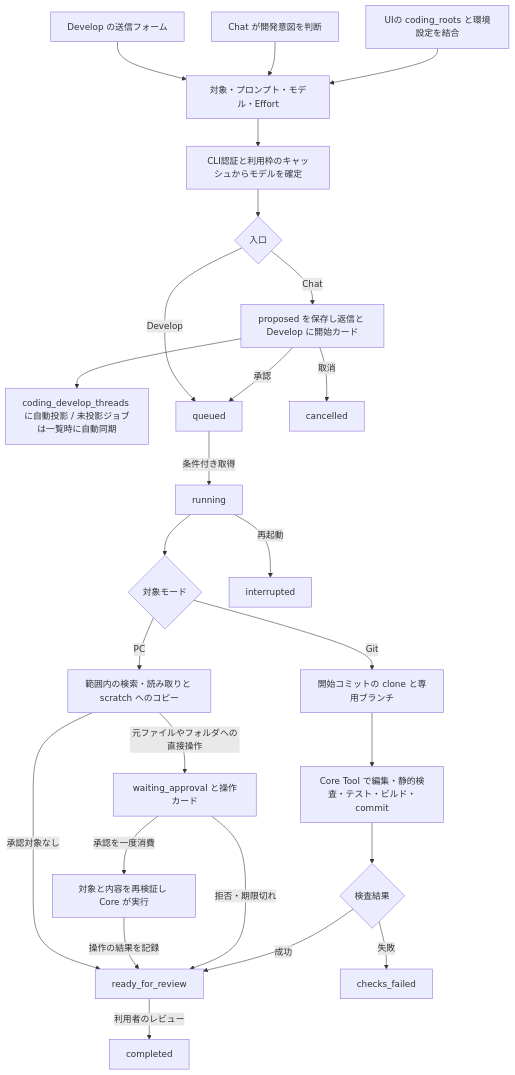
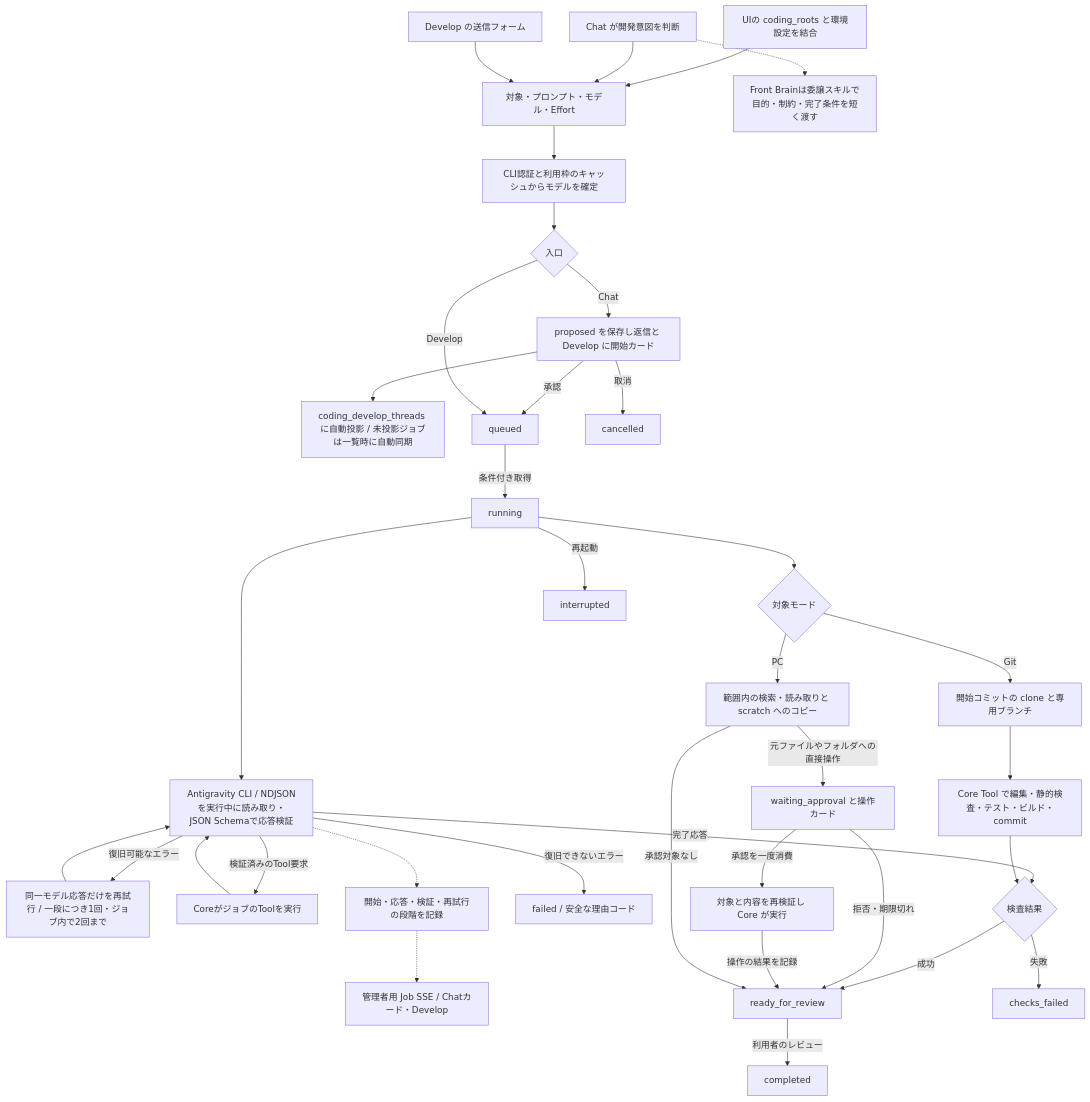
The fourth of 42 diagrams in docs/runtime-flows.md (Soso2e/PETIT), drawn with Mermaid before and after one commit. The commit also changed 17 other files, not shown here.

````diff
--- a/docs/runtime-flows.md
+++ b/docs/runtime-flows.md
@@ -61,28 +61,38 @@
 ```mermaid
 flowchart TD
     Roots[UIの coding_roots と環境設定を結合] --> Select[対象・プロンプト・モデル・Effort]
     Chat[Chat が開発意図を判断] --> Select
     Develop[Develop の送信フォーム] --> Select
     Select --> Quota[CLI認証と利用枠のキャッシュからモデルを確定]
     Quota --> Entry{入口}
     Entry -->|Chat| Proposed[proposed を保存し返信と Develop に開始カード]
     Proposed --> AutoThread[coding_develop_threads に自動投影 / 未投影ジョブは一覧時に自動同期]
     Proposed -->|承認| Queued[queued]
     Proposed -->|取消| Cancelled[cancelled]
     Entry -->|Develop| Queued
     Queued -->|条件付き取得| Run[running]
+    Chat -.-> Compact[Front Brainは委譲スキルで目的・制約・完了条件を短く渡す]
+    Run --> Model[Antigravity CLI / NDJSONを実行中に読み取り・JSON Schemaで応答検証]
+    Model -->|復旧可能なエラー| Retry[同一モデル応答だけを再試行 / 一段につき1回・ジョブ内で2回まで]
+    Retry --> Model
+    Model -->|検証済みのTool要求| JobTool[CoreがジョブのToolを実行]
+    JobTool --> Model
+    Model -->|完了応答| Check
+    Model -->|復旧できないエラー| Error[failed / 安全な理由コード]
+    Model -.-> Progress[開始・応答・検証・再試行の段階を記録]
+    Progress -.-> SSE[管理者用 Job SSE / Chatカード・Develop]
     Run --> Mode{対象モード}
     Mode -->|Git| Git[開始コミットの clone と専用ブランチ]
     Git --> GitTool[Core Tool で編集・静的検査・テスト・ビルド・commit]
     GitTool --> Check{検査結果}
     Check -->|成功| Review[ready_for_review]
     Check -->|失敗| FailedChecks[checks_failed]
     Mode -->|PC| PC[範囲内の検索・読み取りと scratch へのコピー]
     PC -->|元ファイルやフォルダへの直接操作| Pending[waiting_approval と操作カード]
     Pending -->|承認を一度消費| Effect[対象と内容を再検証し Core が実行]
     Pending -->|拒否・期限切れ| Review
     Effect -->|操作の結果を記録| Review
     PC -->|承認対象なし| Review
     Review -->|利用者のレビュー| Completed[completed]
     Run -->|再起動| Interrupted[interrupted]
 ```
````
